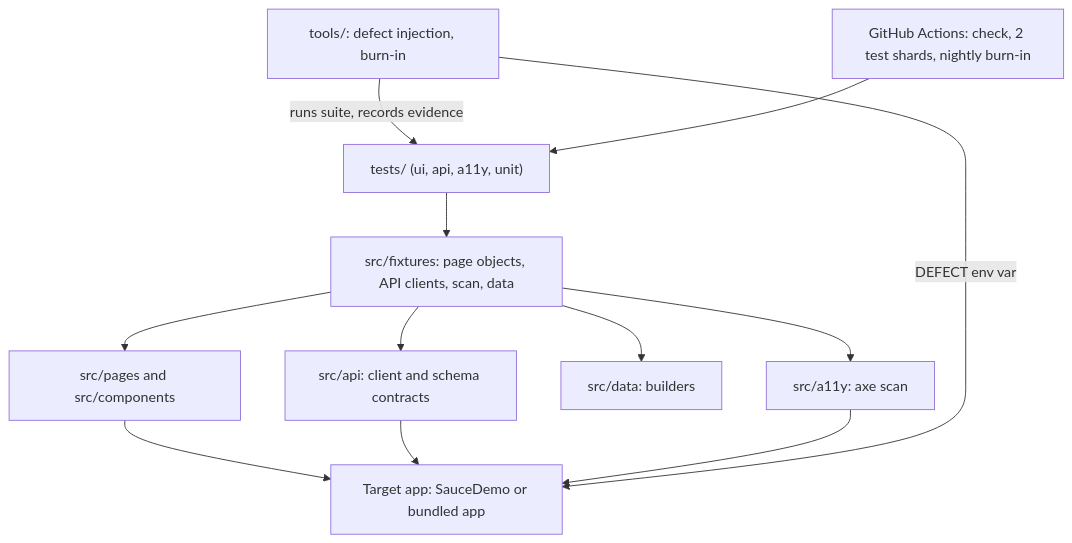
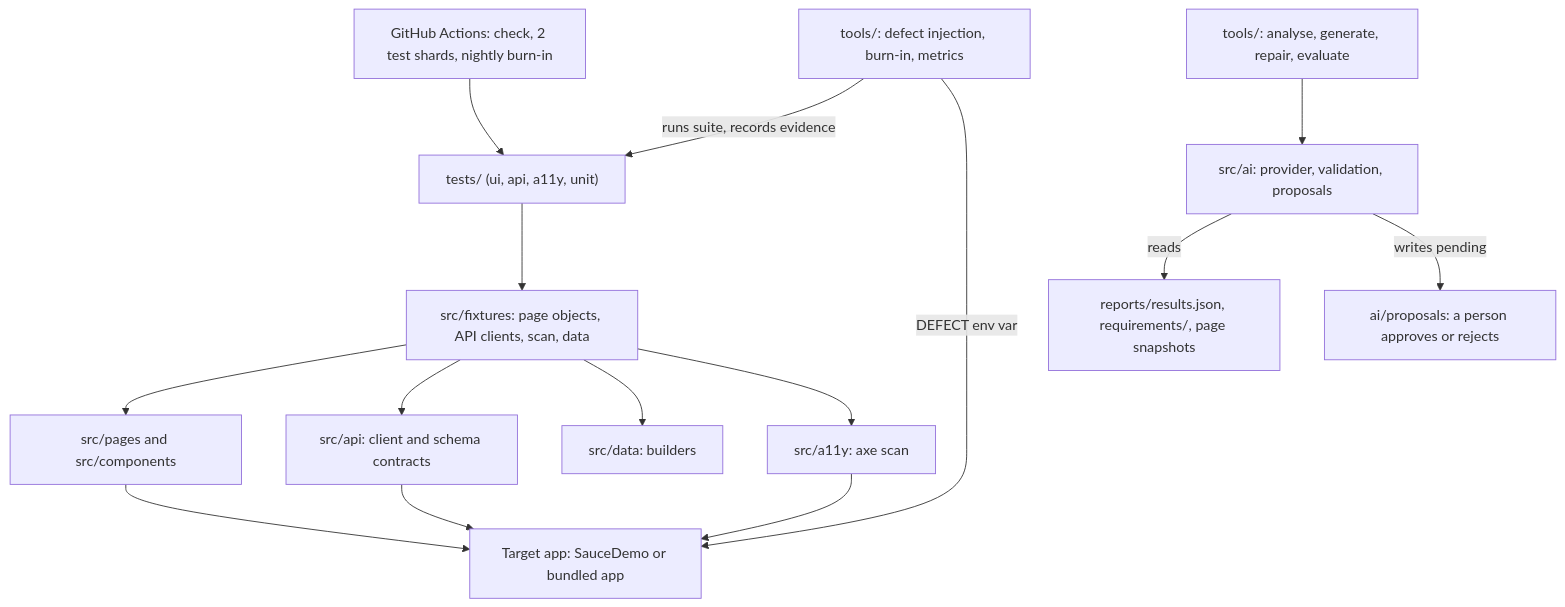
One commit to MANONMANISATHYA/enterprise-playwright-ai-framework changed the diagram in README.md. Above: the diagram before and after it, drawn with Mermaid. The commit also changed other lines of this file and 1 other file, not shown here.

````diff
--- a/README.md
+++ b/README.md
@@ -25,14 +23,17 @@
 ```mermaid
 flowchart TD
   T["tests/ (ui, api, a11y, unit)"] --> F["src/fixtures: page objects, API clients, scan, data"]
   F --> P["src/pages and src/components"]
   F --> A["src/api: client and schema contracts"]
   F --> D["src/data: builders"]
   F --> X["src/a11y: axe scan"]
   P --> APP["Target app: SauceDemo or bundled app"]
   A --> APP
   X --> APP
-  TOOLS["tools/: defect injection, burn-in"] -->|"runs suite, records evidence"| T
+  TOOLS["tools/: defect injection, burn-in, metrics"] -->|"runs suite, records evidence"| T
   TOOLS -->|"DEFECT env var"| APP
   CI["GitHub Actions: check, 2 test shards, nightly burn-in"] --> T
+  AITOOLS["tools/: analyse, generate, repair, evaluate"] --> AI["src/ai: provider, validation, proposals"]
+  AI -->|"reads"| IN["reports/results.json, requirements/, page snapshots"]
+  AI -->|"writes pending"| PROP["ai/proposals: a person approves or rejects"]
 ```
````
